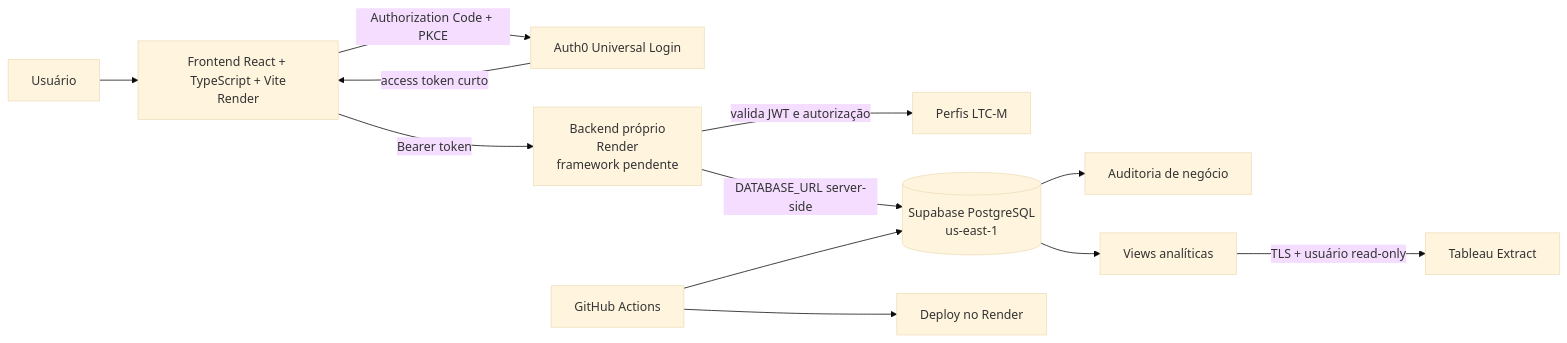
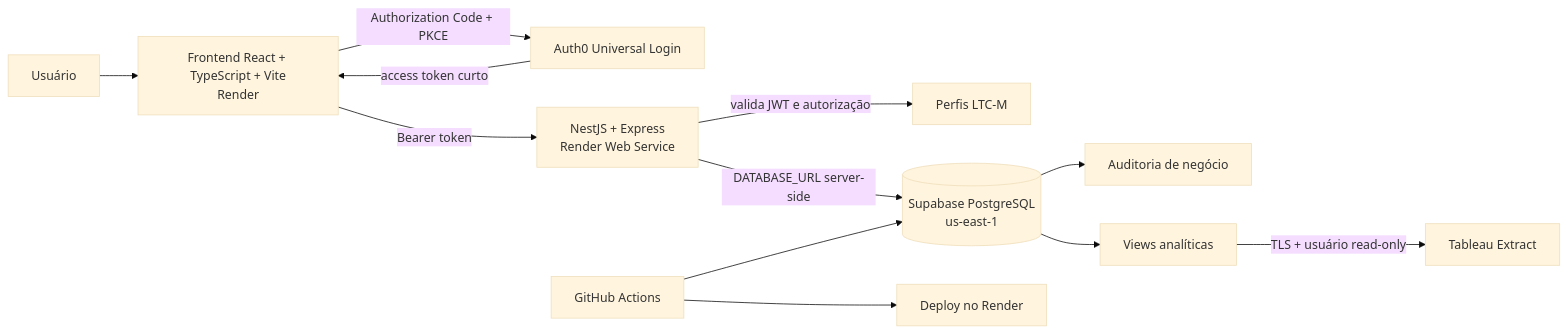
Before and after one commit to igorjesus-coder/projeto-ltc-m: the diagram in docs/architecture.md, drawn with Mermaid (base theme). The commit also changed other lines of this file and 6 other files, not shown here.

Commit message:
docs: finalize NestJS backend architecture

````diff
--- a/docs/architecture.md
+++ b/docs/architecture.md
@@ -35,14 +35,14 @@
 ```mermaid
 flowchart LR
   USER[Usuário] --> WEB[Frontend React + TypeScript + Vite<br/>Render]
   WEB -->|Authorization Code + PKCE| AUTH[Auth0 Universal Login]
   AUTH -->|access token curto| WEB
-  WEB -->|Bearer token| API[Backend próprio<br/>Render<br/>framework pendente]
+  WEB -->|Bearer token| API[NestJS + Express<br/>Render Web Service]
   API -->|valida JWT e autorização| USERS[Perfis LTC-M]
   API -->|DATABASE_URL server-side| DB[(Supabase PostgreSQL<br/>us-east-1)]
   DB --> AUDIT[Auditoria de negócio]
   DB --> VIEWS[Views analíticas]
   VIEWS -->|TLS + usuário read-only| EXTRACT[Tableau Extract]
   CI[GitHub Actions] --> RENDER[Deploy no Render]
   CI --> DB
 ```
````
